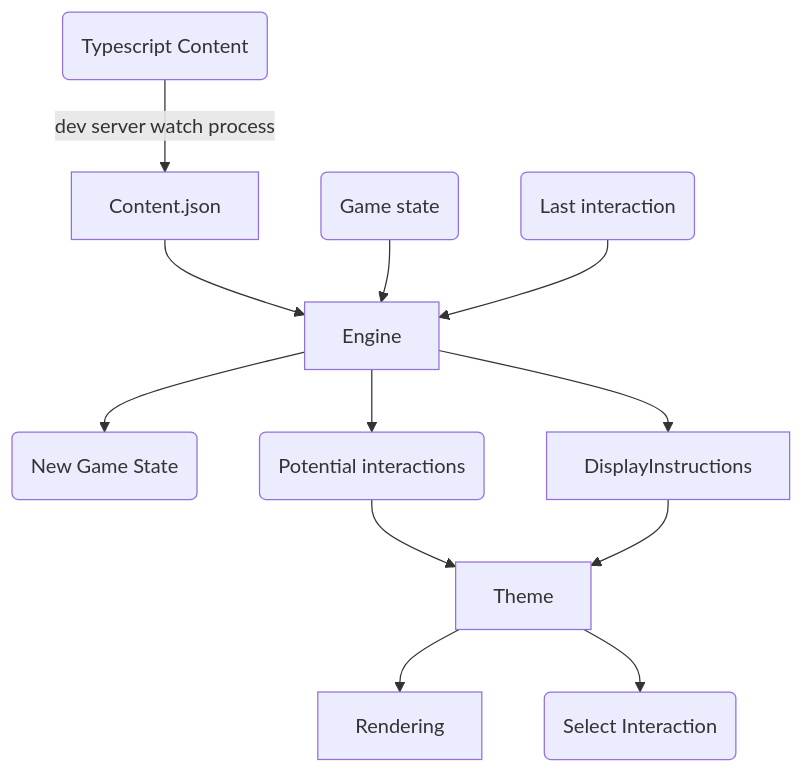
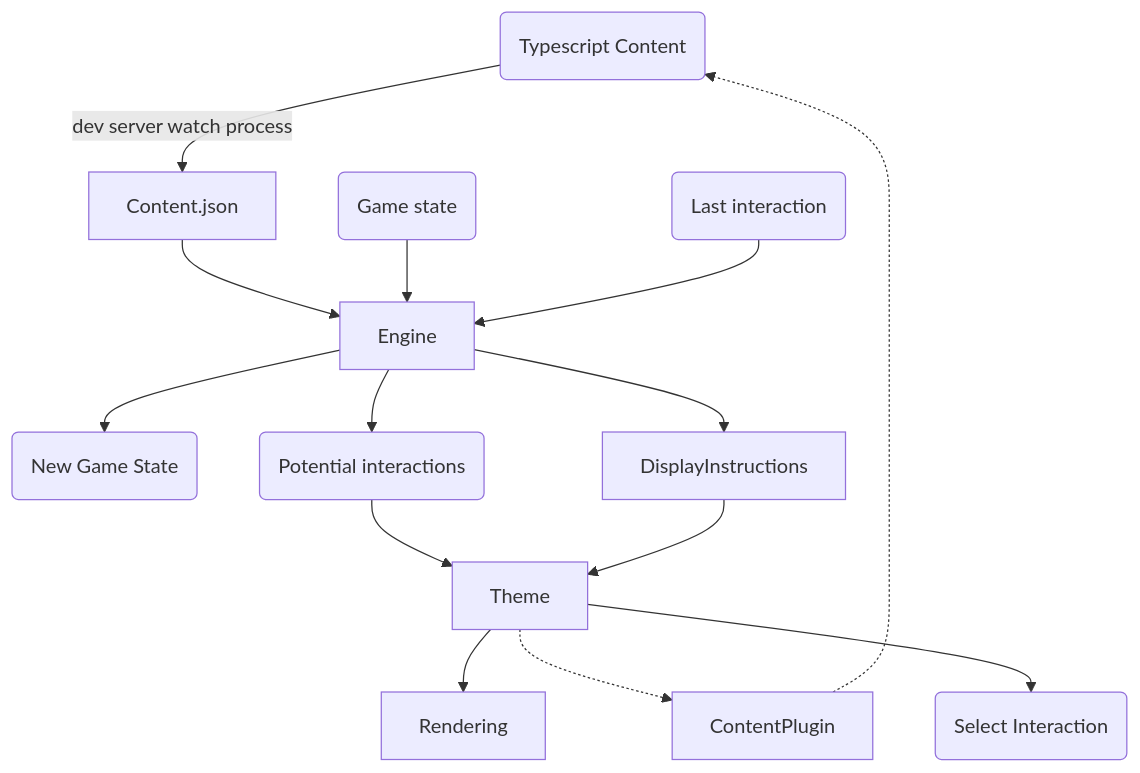
One commit to matthijsgroen/point-n-click changed the diagram in ARCHITECTURE.md. Above: the diagram before and after it, drawn with Mermaid. The commit also changed other lines of this file, not shown here.

Commit message:
Add content plugins to architecture model

````diff
--- a/ARCHITECTURE.md
+++ b/ARCHITECTURE.md
@@ -35,17 +35,19 @@
 ```mermaid
 flowchart
 
   TS-DSL(Typescript Content) -- dev server watch process --> Content.json
   Content.json --> Engine
-  State(Game state) --> Engine
+  GameState(Game state) --> Engine
   Interaction(Last interaction) --> Engine
-  Engine --> NewState(New Game State)
+  Engine --> NewGameState(New Game State)
   Engine --> DisplayInstructions
-  Engine --> Int(Potential interactions)
+  Engine --> PotentialInteractions(Potential interactions)
 
-  Int --> Theme
+  PotentialInteractions --> Theme
   DisplayInstructions --> Theme
   Theme --> Rendering
+  Theme -.-> ContentPlugin
+  ContentPlugin -.-> TS-DSL
   Theme --> Selection(Select Interaction)
 
 ```
````
